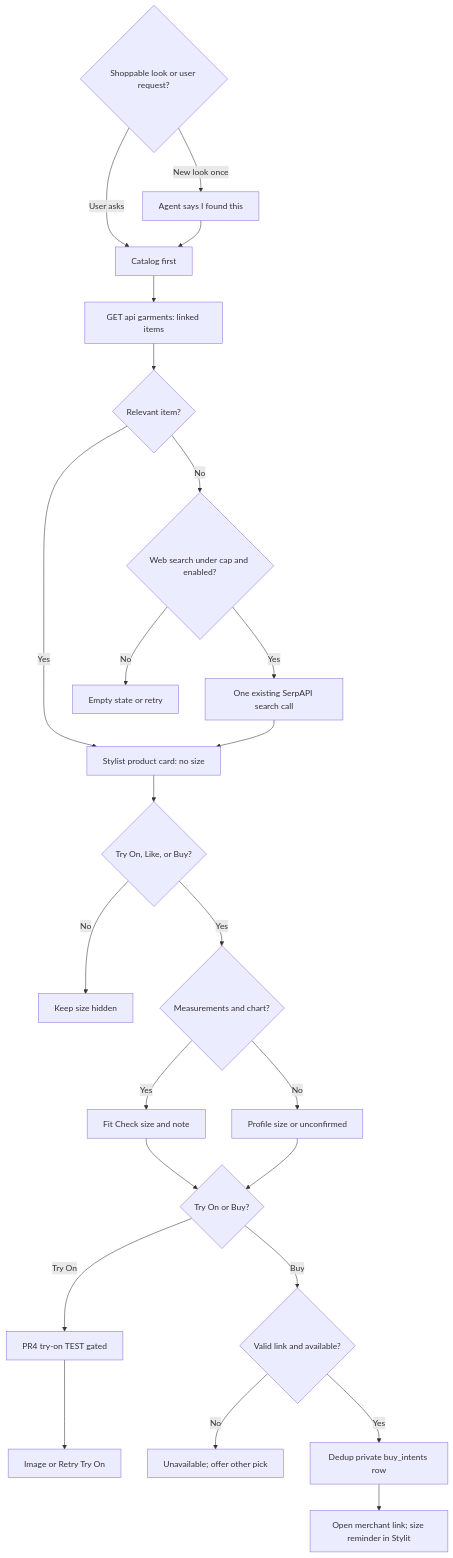
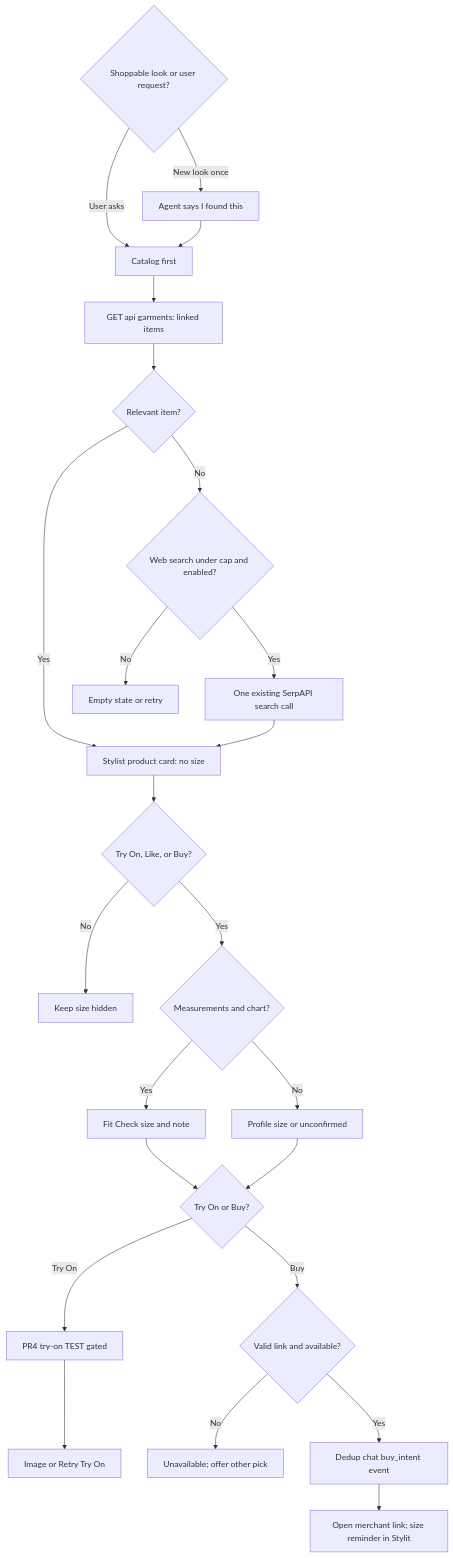
The ninth of 10 diagrams in studio/ideas/stylit-agent/dev.md (killbill2792/studio), drawn with Mermaid before and after one commit. The commit also changed other lines of this file and 5 other files, not shown here.

````diff
--- a/studio/ideas/stylit-agent/dev.md
+++ b/studio/ideas/stylit-agent/dev.md
@@ -263,26 +267,26 @@
 ```mermaid
 flowchart TD
   source{Shoppable look or user request?} -->|New look once| suggest[Agent says I found this]
   source -->|User asks| search[Catalog first]
   suggest --> search
   search --> catalog[GET api garments: linked items]
   catalog --> found{Relevant item?}
   found -->|No| capped{Web search under cap and enabled?}
   capped -->|Yes| web[One existing SerpAPI search call]
   capped -->|No| empty[Empty state or retry]
   found -->|Yes| card[Stylist product card: no size]
   web --> card
   card --> interested{Try On, Like, or Buy?}
   interested -->|No| browse[Keep size hidden]
   interested -->|Yes| fit{Measurements and chart?}
   fit -->|Yes| fitted[Fit Check size and note]
   fit -->|No| fallback[Profile size or unconfirmed]
   fitted --> action{Try On or Buy?}
   fallback --> action
   action -->|Try On| tryon[PR4 try-on TEST gated]
   tryon --> tryonresult[Image or Retry Try On]
   action -->|Buy| available{Valid link and available?}
   available -->|No| unavailable[Unavailable; offer other pick]
-  available -->|Yes| intent[Dedup private buy_intents row]
+  available -->|Yes| intent[Dedup chat buy_intent event]
   intent --> merchant[Open merchant link; size reminder in Stylit]
 ```
````
